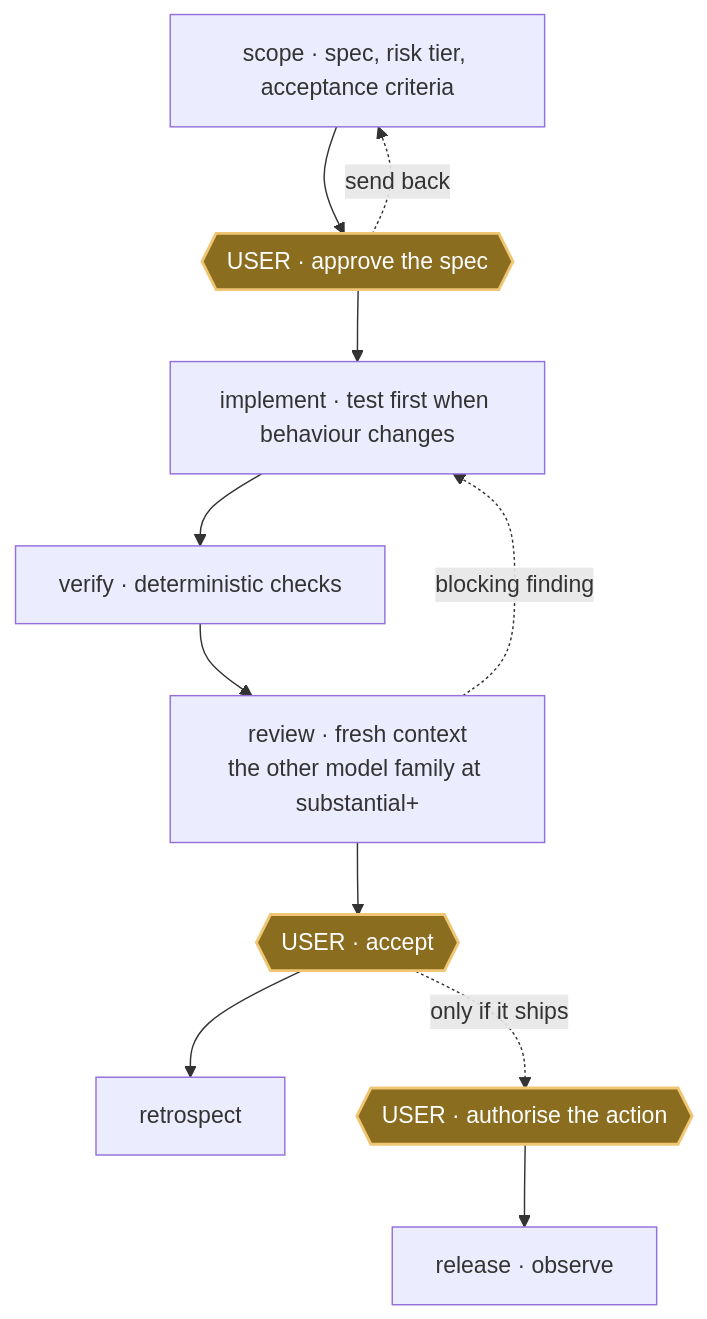
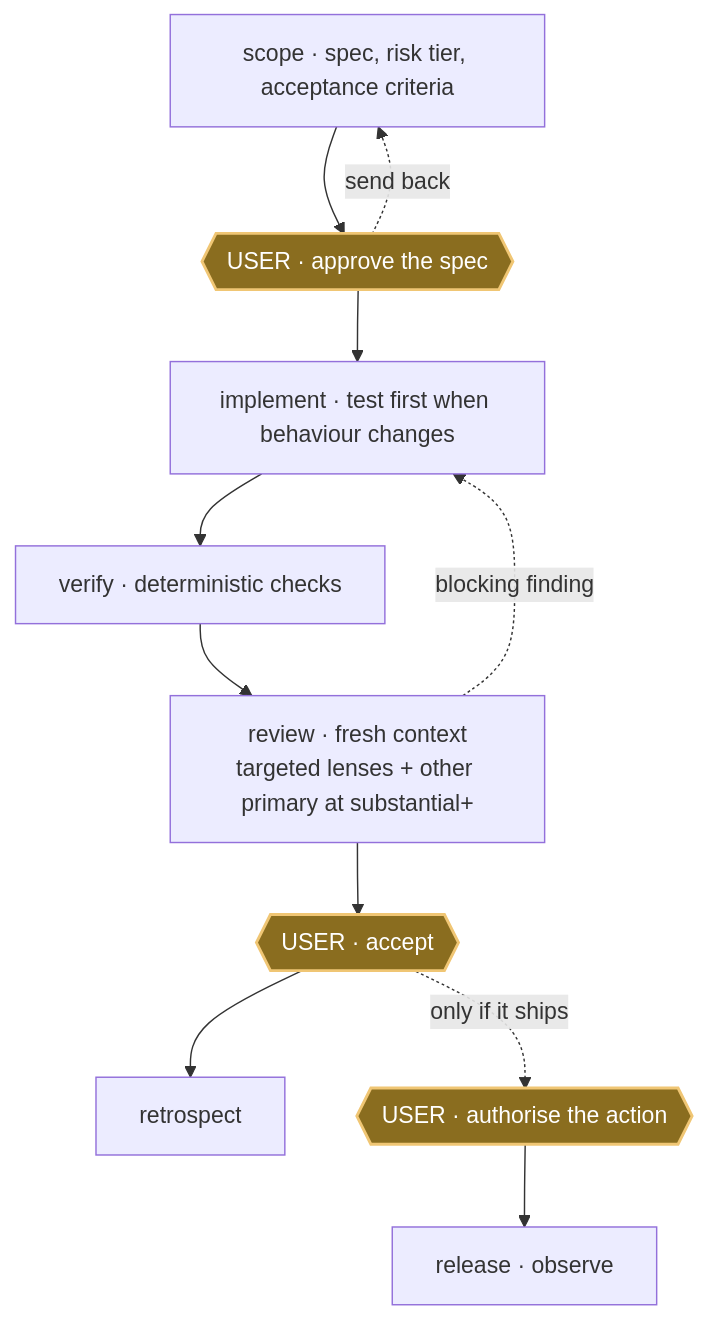
Before and after one commit to mblauberg/agent-harness: the second of 2 diagrams in README.md, drawn with Mermaid. The commit also changed other lines of this file and 33 other files, not shown here.

````diff
--- a/README.md
+++ b/README.md
@@ -197,18 +197,18 @@
 ```mermaid
 flowchart TB
     accTitle: The delivery loop and its three user gates
-    accDescr: After a session sets up clean context, the deliver kernel runs the loop top to bottom: scope writes the specification and risk tier, a user gate approves it, implement writes the test first whenever observable behaviour changes, verify runs deterministic checks, and review reads the work in a fresh context that never wrote it, and from the substantial tier up must include the other model family. Two dotted edges return: the approval gate sends the plan back to scope, and a blocking review finding sends the work back to implement for a bounded repair. A user gate then accepts, leading to retrospect and the next cycle. Release and observe sit outside the loop, behind a third user gate that authorises the external action.
+    accDescr: After a session sets up clean context, the deliver kernel runs the loop top to bottom: scope writes the specification and risk tier, a user gate approves it, implement writes the test first whenever observable behaviour changes, verify runs deterministic checks, and review reads the work in a fresh context that never wrote it, using targeted lenses plus the other primary from the substantial tier up. Two dotted edges return: the approval gate sends the plan back to scope, and a blocking review finding sends the work back to implement for a bounded repair. A user gate then accepts, leading to retrospect and the next cycle. Release and observe sit outside the loop, behind a third user gate that authorises the external action.
     SC["scope · spec, risk tier, acceptance criteria"] --> G1{{"USER · approve the spec"}}
     G1 -. "send back" .-> SC
     G1 --> IM["implement · test first when behaviour changes"]
     IM --> VF["verify · deterministic checks"]
-    VF --> RV["review · fresh context<br/>the other model family at substantial+"]
+    VF --> RV["review · fresh context<br/>targeted lenses + other primary at substantial+"]
     RV -. "blocking finding" .-> IM
     RV --> G2{{"USER · accept"}}
     G2 --> RT["retrospect"]
     G2 -. "only if it ships" .-> G3{{"USER · authorise the action"}}
     G3 --> RL["release · observe"]
 
     classDef gate fill:#8a6d1f,stroke:#f0c674,color:#ffffff,stroke-width:2px
     class G1,G2,G3 gate
 ```
````
